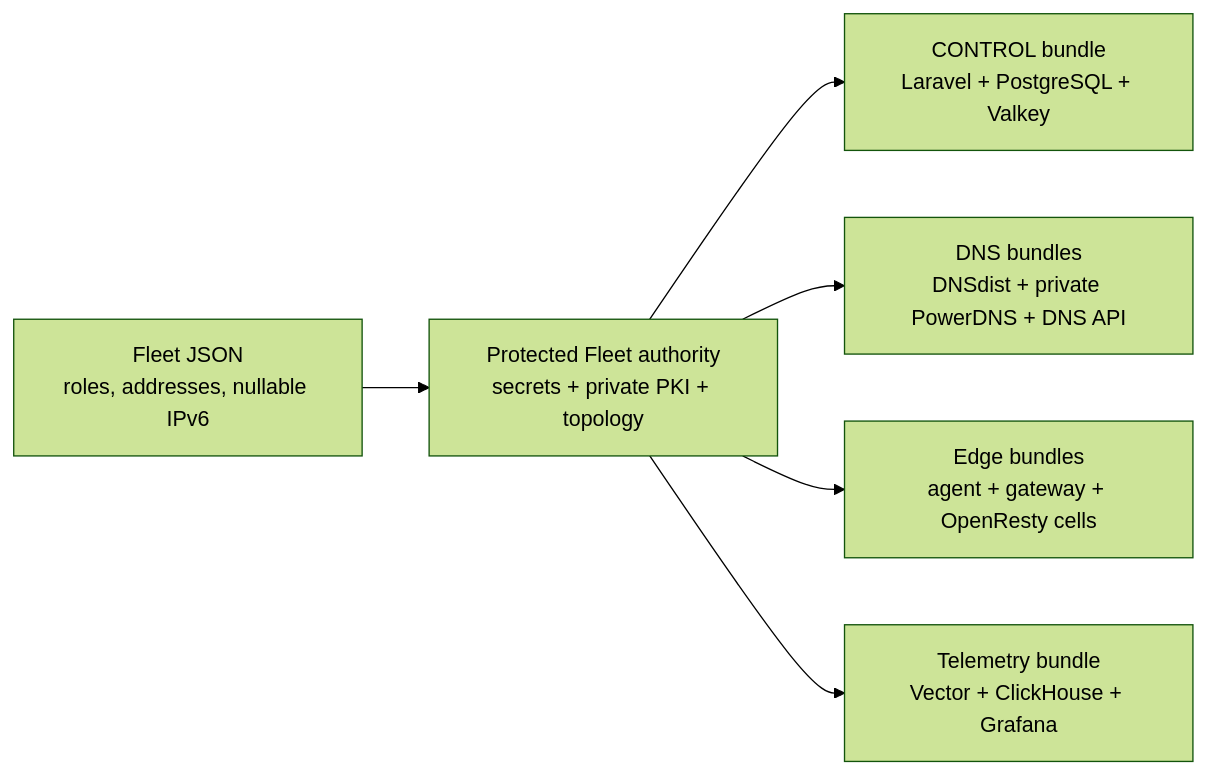
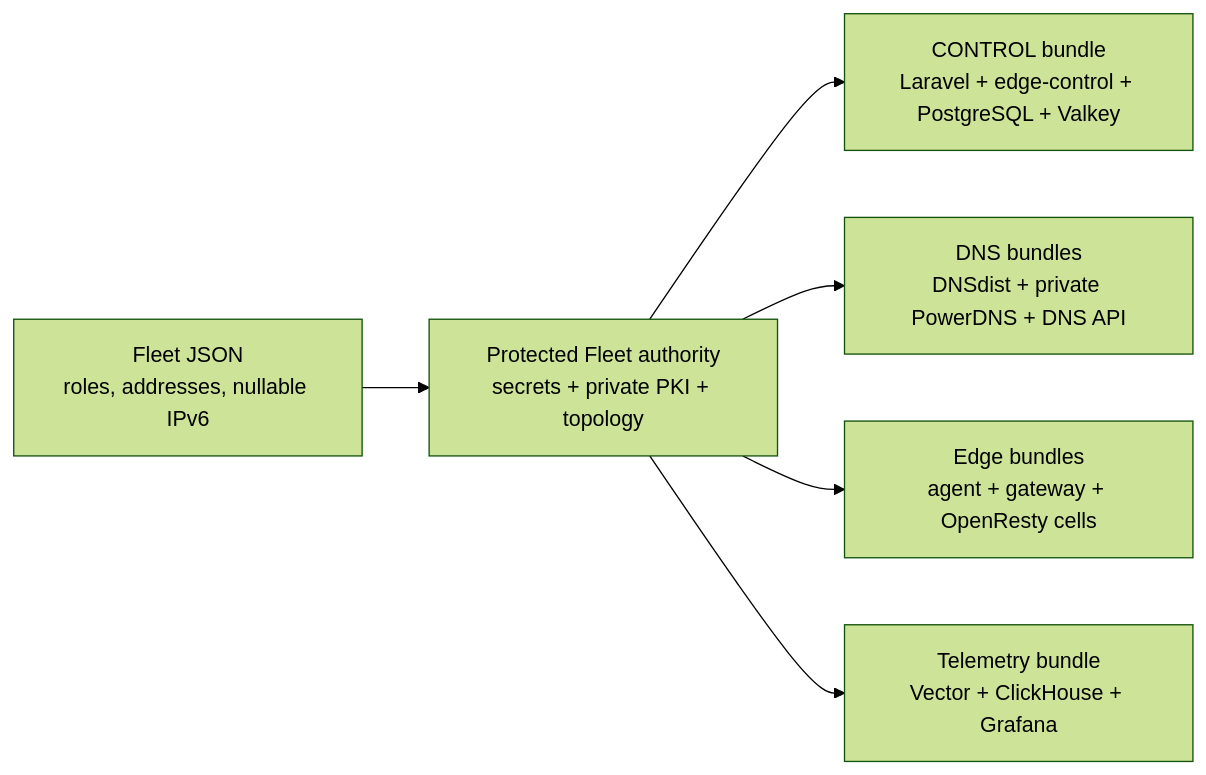
The diagram in docs/deployment/production-fleet-config-reference.md (vaheed/CDNFoundry), drawn with Mermaid (forest theme) before and after one commit. The commit also changed 8 other files, not shown here.

Commit message:
feat: update CI workflow job name; enhance documentation with edge-control mTLS ingress details and related flowcharts

````diff
--- a/docs/deployment/production-fleet-config-reference.md
+++ b/docs/deployment/production-fleet-config-reference.md
@@ -8,8 +8,8 @@
 ```mermaid
 flowchart LR
   JSON["Fleet JSON<br/>roles, addresses, nullable IPv6"] --> STATE["Protected Fleet authority<br/>secrets + private PKI + topology"]
-  STATE --> C["CONTROL bundle<br/>Laravel + PostgreSQL + Valkey"]
+  STATE --> C["CONTROL bundle<br/>Laravel + edge-control + PostgreSQL + Valkey"]
   STATE --> D["DNS bundles<br/>DNSdist + private PowerDNS + DNS API"]
   STATE --> E["Edge bundles<br/>agent + gateway + OpenResty cells"]
   STATE --> M["Telemetry bundle<br/>Vector + ClickHouse + Grafana"]
 ```
````
